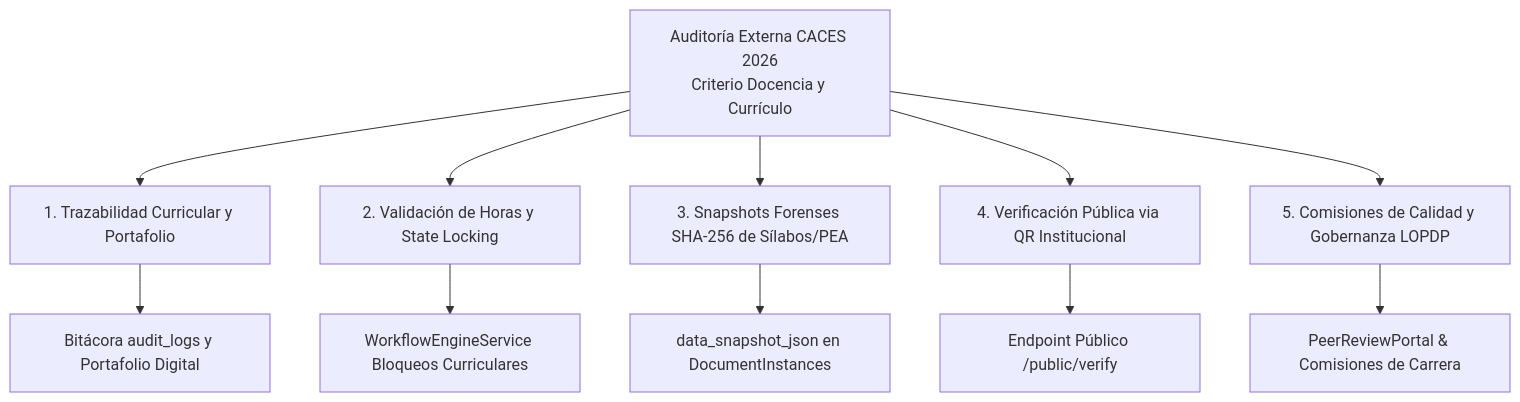
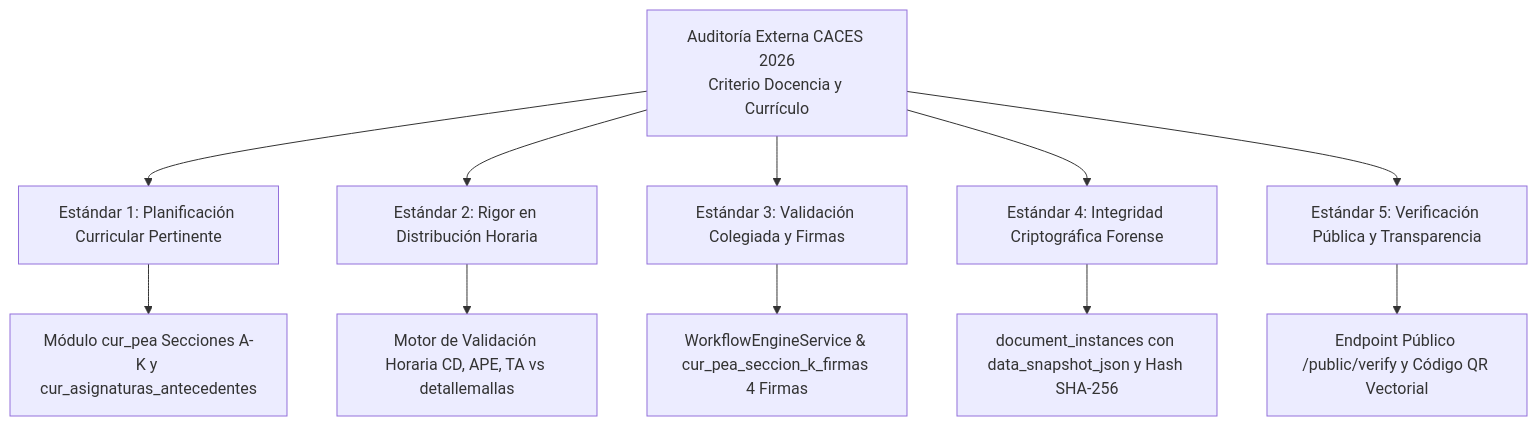
One commit to JorgeDoicela/dosier changed the diagram in docs/documentacion/07-despliegue-y-operaciones/02-guia-acreditacion-caces-2026.md. Above: the diagram before and after it, drawn with Mermaid. The commit also changed other lines of this file and 34 other files, not shown here.

````diff
--- a/docs/documentacion/07-despliegue-y-operaciones/02-guia-acreditacion-caces-2026.md
+++ b/docs/documentacion/07-despliegue-y-operaciones/02-guia-acreditacion-caces-2026.md
@@ -11,14 +13,14 @@
 ```mermaid
 graph TD
-    CACESAudit[Auditoría Externa CACES 2026\nCriterio Docencia y Currículo] --> Metric1[1. Trazabilidad Curricular y Portafolio]
-    CACESAudit --> Metric2[2. Validación de Horas y State Locking]
-    CACESAudit --> Metric3[3. Snapshots Forenses SHA-256 de Sílabos/PEA]
-    CACESAudit --> Metric4[4. Verificación Pública via QR Institucional]
-    CACESAudit --> Metric5[5. Comisiones de Calidad y Gobernanza LOPDP]
+    AuditCACES[Auditoría Externa CACES 2026\nCriterio Docencia y Currículo] --> E1[Estándar 1: Planificación Curricular Pertinente]
+    AuditCACES --> E2[Estándar 2: Rigor en Distribución Horaria]
+    AuditCACES --> E3[Estándar 3: Validación Colegiada y Firmas]
+    AuditCACES --> E4[Estándar 4: Integridad Criptográfica Forense]
+    AuditCACES --> E5[Estándar 5: Verificación Pública y Transparencia]
 
-    Metric1 --> AuditLog[Bitácora audit_logs y Portafolio Digital]
-    Metric2 --> WFEngine[WorkflowEngineService Bloqueos Curriculares]
-    Metric3 --> SnapDB[data_snapshot_json en DocumentInstances]
-    Metric4 --> QRNode[Endpoint Público /public/verify]
-    Metric5 --> LopdpAnonym[PeerReviewPortal & Comisiones de Carrera]
+    E1 --> ModPEA[Módulo cur_pea Secciones A-K y cur_asignaturas_antecedentes]
+    E2 --> ValMalla[Motor de Validación Horaria CD, APE, TA vs detallemallas]
+    E3 --> WFSign[WorkflowEngineService & cur_pea_seccion_k_firmas 4 Firmas]
+    E4 --> HashDB[document_instances con data_snapshot_json y Hash SHA-256]
+    E5 --> QRNode[Endpoint Público /public/verify y Código QR Vectorial]
 ```
````
